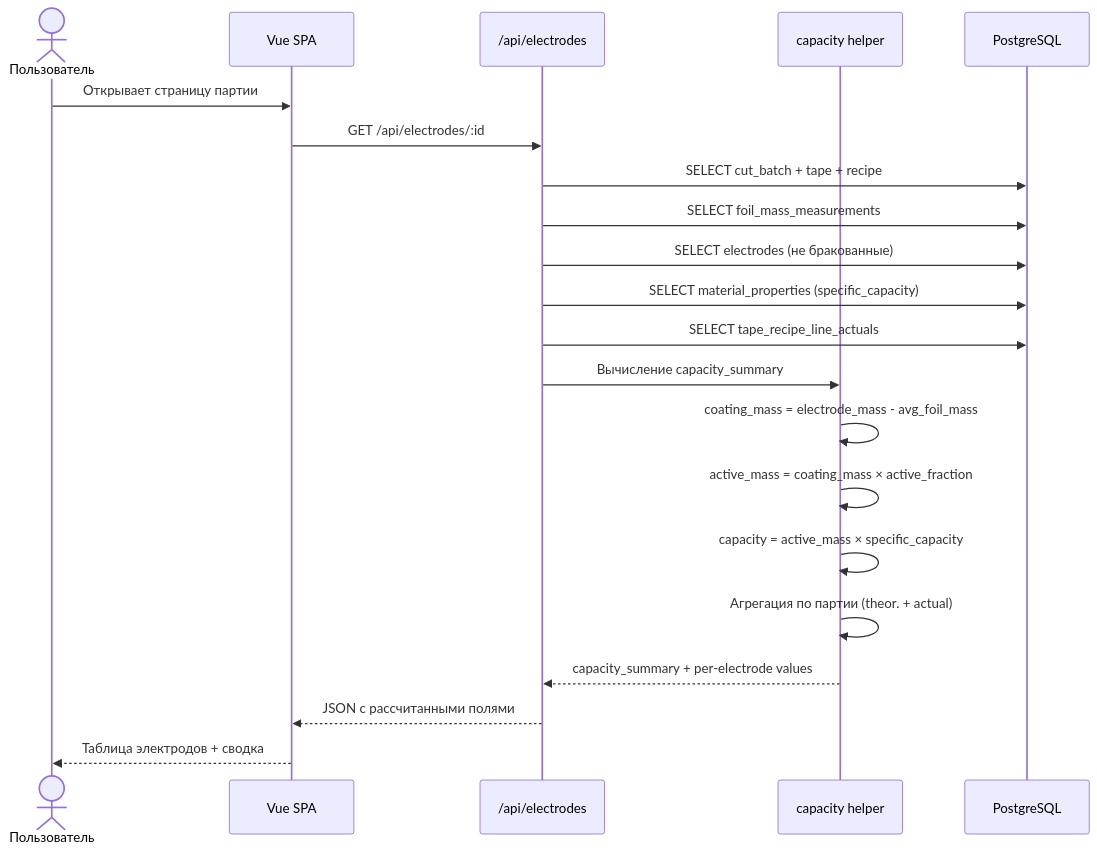
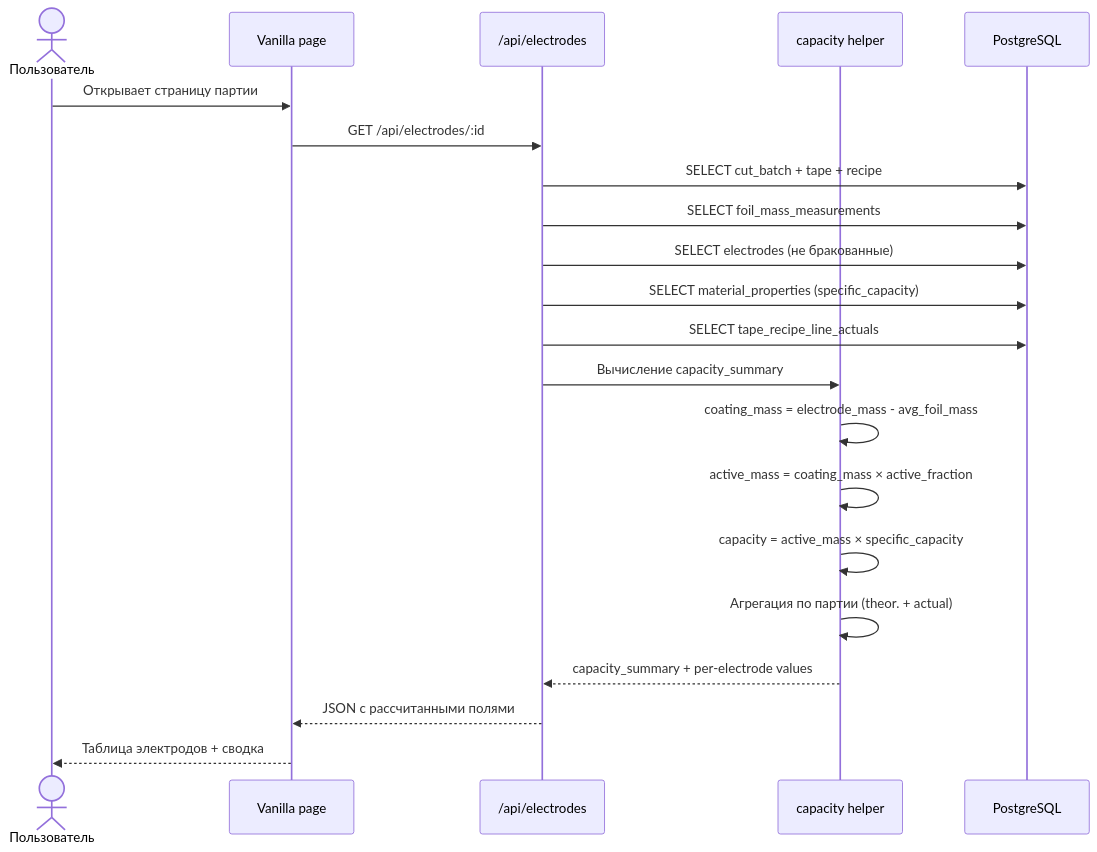
One commit to chem-coder/BADB---Battery-Assembly-Database changed diagram 14 of 15 in Документация ЕСПД/03. Пояснительная записка.md. Above: the diagram before and after it, drawn with Mermaid. The commit also changed other lines of this file and 8 other files, not shown here.

````diff
--- a/Документация ЕСПД/03. Пояснительная записка.md
+++ b/Документация ЕСПД/03. Пояснительная записка.md
@@ -997,24 +992,24 @@
 ```mermaid
 sequenceDiagram
     actor Пользователь
-    participant UI as Vue SPA
+    participant UI as Vanilla page
     participant API as /api/electrodes
     participant Helper as capacity helper
     participant DB as PostgreSQL
     
     Пользователь->>UI: Открывает страницу партии
     UI->>API: GET /api/electrodes/:id
     API->>DB: SELECT cut_batch + tape + recipe
     API->>DB: SELECT foil_mass_measurements
     API->>DB: SELECT electrodes (не бракованные)
     API->>DB: SELECT material_properties (specific_capacity)
     API->>DB: SELECT tape_recipe_line_actuals
     API->>Helper: Вычисление capacity_summary
     Helper->>Helper: coating_mass = electrode_mass - avg_foil_mass
     Helper->>Helper: active_mass = coating_mass × active_fraction
     Helper->>Helper: capacity = active_mass × specific_capacity
     Helper->>Helper: Агрегация по партии (theor. + actual)
     Helper-->>API: capacity_summary + per-electrode values
     API-->>UI: JSON с рассчитанными полями
     UI-->>Пользователь: Таблица электродов + сводка
 ```
````
